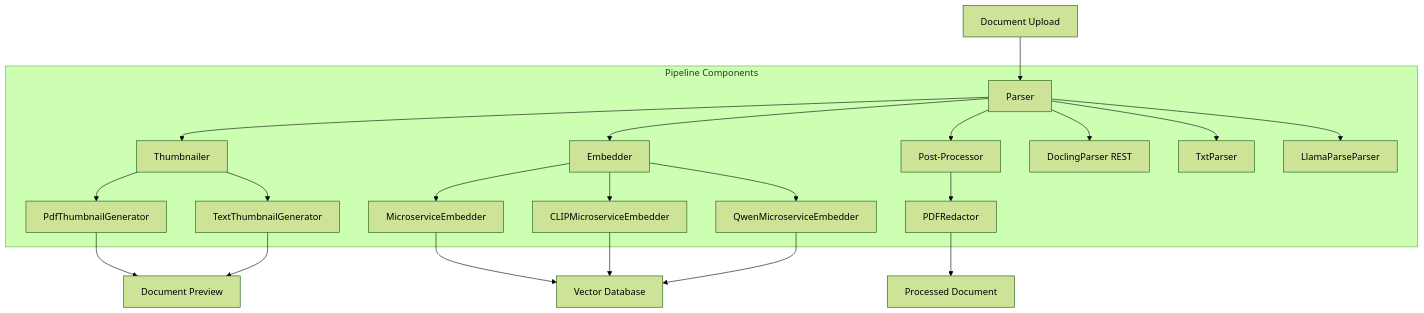
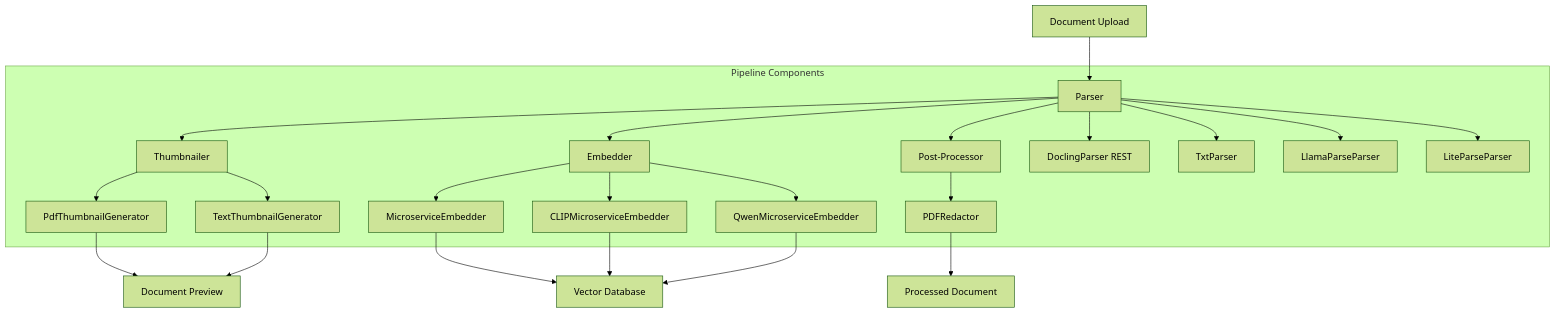
The first of 2 diagrams in docs/pipelines/pipeline_overview.md (Open-Source-Legal/OpenContracts), drawn with Mermaid (forest theme) before and after one commit. The commit also changed other lines of this file and 6 other files, not shown here.

First line of the commit message:
Add LiteParse local PDF ingestion engine (#2074)

````diff
--- a/docs/pipelines/pipeline_overview.md
+++ b/docs/pipelines/pipeline_overview.md
@@ -17,29 +17,30 @@
 ```mermaid
 graph TD
     A[Document Upload] --> B[Parser]
     B --> C[Thumbnailer]
     B --> D[Embedder]
     B --> PP[Post-Processor]
 
     subgraph "Pipeline Components"
         B --> B1[DoclingParser REST]
         B --> B2[TxtParser]
         B --> B3[LlamaParseParser]
+        B --> B4[LiteParseParser]
 
         C --> C1[PdfThumbnailGenerator]
         C --> C2[TextThumbnailGenerator]
 
         D --> D1[MicroserviceEmbedder]
         D --> D2[CLIPMicroserviceEmbedder]
         D --> D3[QwenMicroserviceEmbedder]
 
         PP --> PP1[PDFRedactor]
     end
 
     C1 --> E[Document Preview]
     C2 --> E
     D1 --> F[Vector Database]
     D2 --> F
     D3 --> F
     PP1 --> G[Processed Document]
 ```
````
